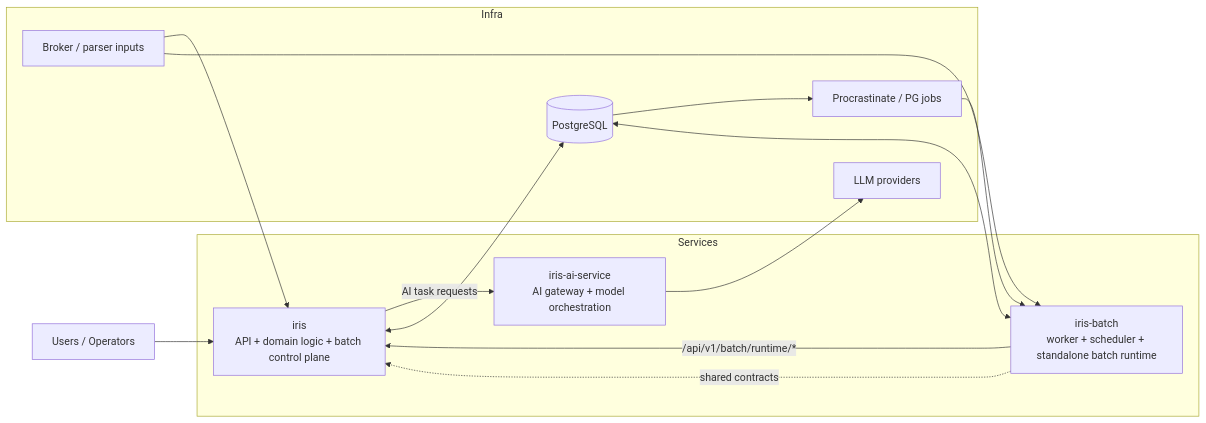
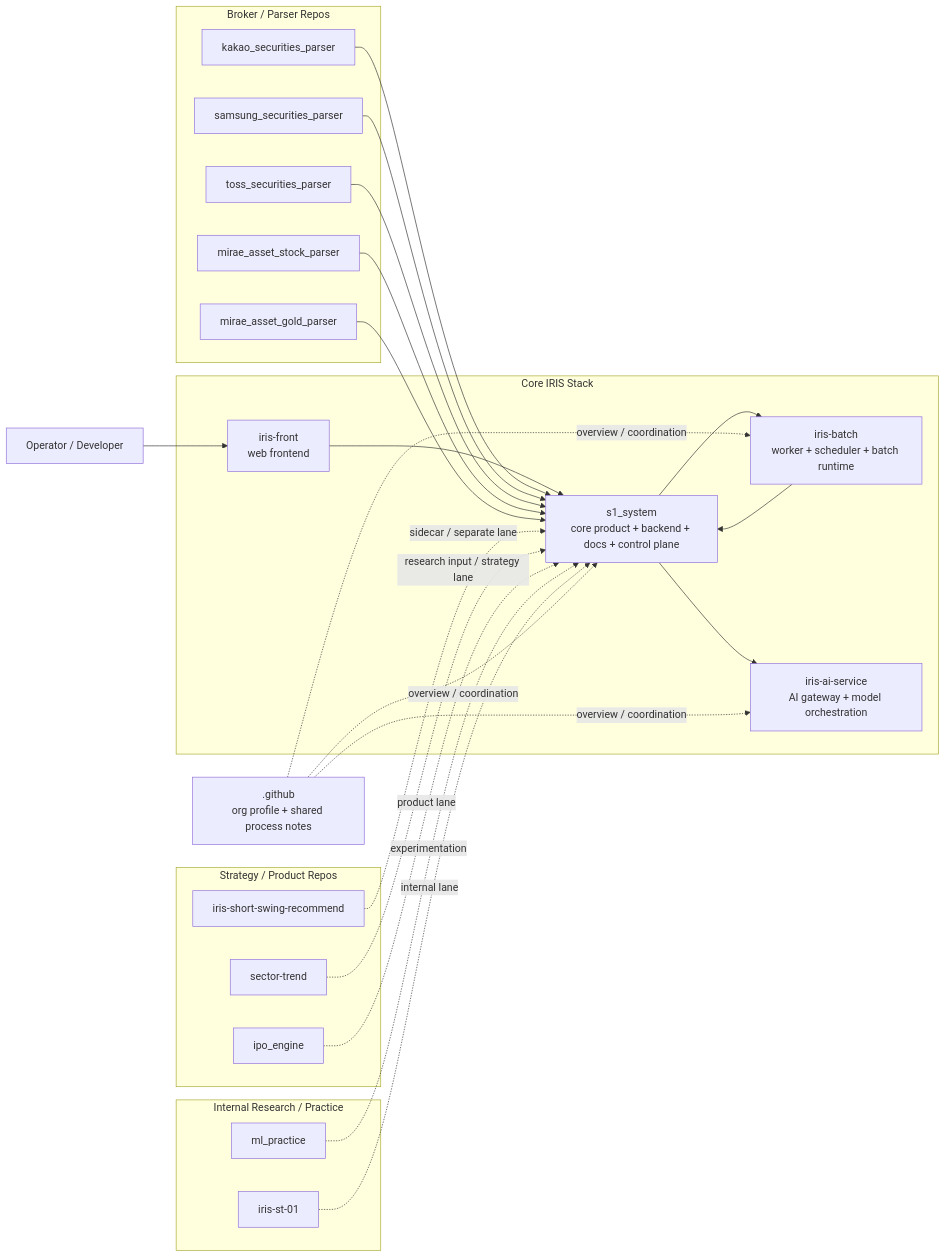
The diagram in profile/README.md (ai-man-hedge-fund/.github), drawn with Mermaid before and after one commit. The commit also changed other lines of this file, not shown here.

First line of the commit message:
Make the organization front page show the real repository map

````diff
--- a/profile/README.md
+++ b/profile/README.md
@@ -5,29 +8,54 @@
 ```mermaid
 flowchart LR
-    user[Users / Operators]
+    user[Operator / Developer]
 
-    subgraph services[Services]
-        iris[iris\nAPI + domain logic + batch control plane]
-        batch[iris-batch\nworker + scheduler + standalone batch runtime]
+    subgraph core[Core IRIS Stack]
+        s1[s1_system\ncore product + backend + docs + control plane]
+        front[iris-front\nweb frontend]
+        batch[iris-batch\nworker + scheduler + batch runtime]
         ai[iris-ai-service\nAI gateway + model orchestration]
     end
 
-    subgraph infra[Infra]
-        db[(PostgreSQL)]
-        queue[Procrastinate / PG jobs]
-        obj[Broker / parser inputs]
-        models[LLM providers]
+    subgraph parsers[Broker / Parser Repos]
+        kakao[kakao_securities_parser]
+        samsung[samsung_securities_parser]
+        toss[toss_securities_parser]
+        miraeStock[mirae_asset_stock_parser]
+        miraeGold[mirae_asset_gold_parser]
     end
 
-    user --> iris
-    batch -->|/api/v1/batch/runtime/*| iris
-    iris -->|AI task requests| ai
-    iris <--> db
-    batch <--> db
-    db --> queue
-    queue --> batch
-    obj --> iris
-    obj --> batch
-    ai --> models
-    batch -. shared contracts .-> iris
+    subgraph products[Strategy / Product Repos]
+        shortSwing[iris-short-swing-recommend]
+        sector[sector-trend]
+        ipo[ipo_engine]
+    end
+
+    subgraph research[Internal Research / Practice]
+        ml[ml_practice]
+        st01[iris-st-01]
+    end
+
+    meta[.github\norg profile + shared process notes]
+
+    user --> front
+    front --> s1
+    s1 --> ai
+    s1 --> batch
+    batch --> s1
+
+    kakao --> s1
+    samsung --> s1
+    toss --> s1
+    miraeStock --> s1
+    miraeGold --> s1
+
+    shortSwing -. sidecar / separate lane .-> s1
+    sector -. research input / strategy lane .-> s1
+    ipo -. product lane .-> s1
+
+    ml -. experimentation .-> s1
+    st01 -. internal lane .-> s1
+    meta -. overview / coordination .-> s1
+    meta -. overview / coordination .-> batch
+    meta -. overview / coordination .-> ai
 ```
````
